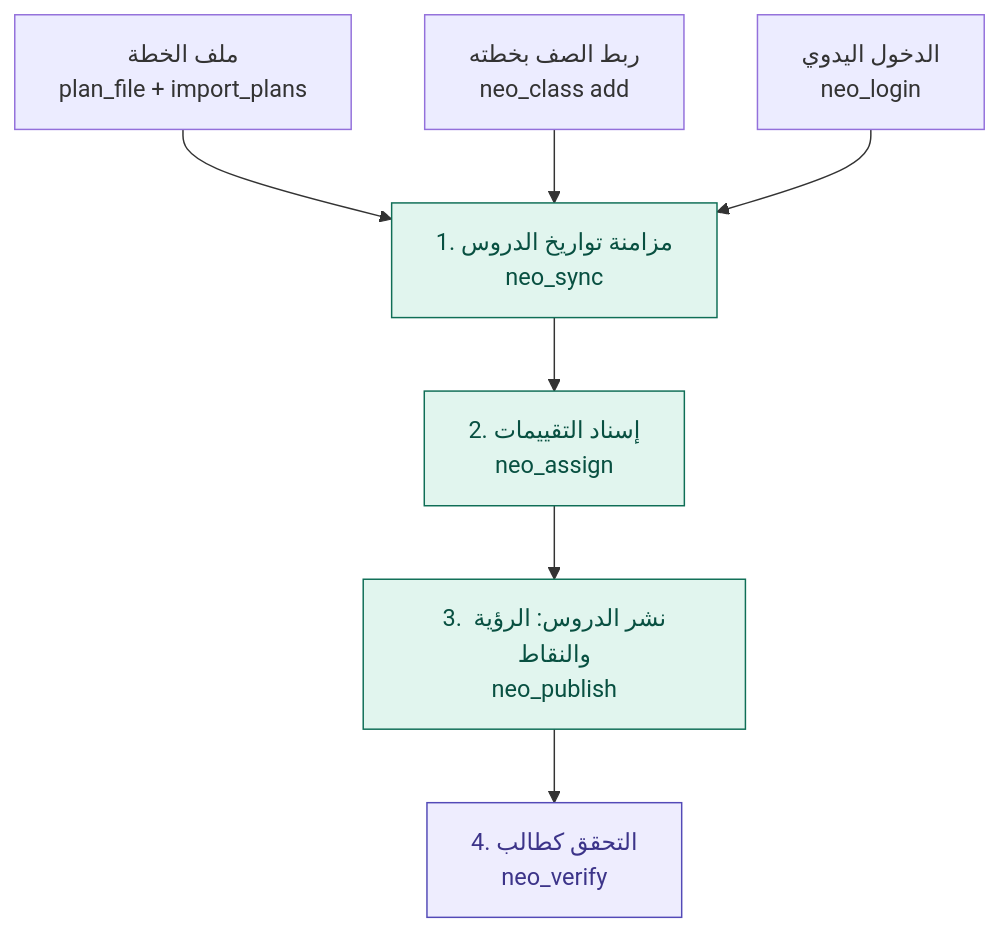
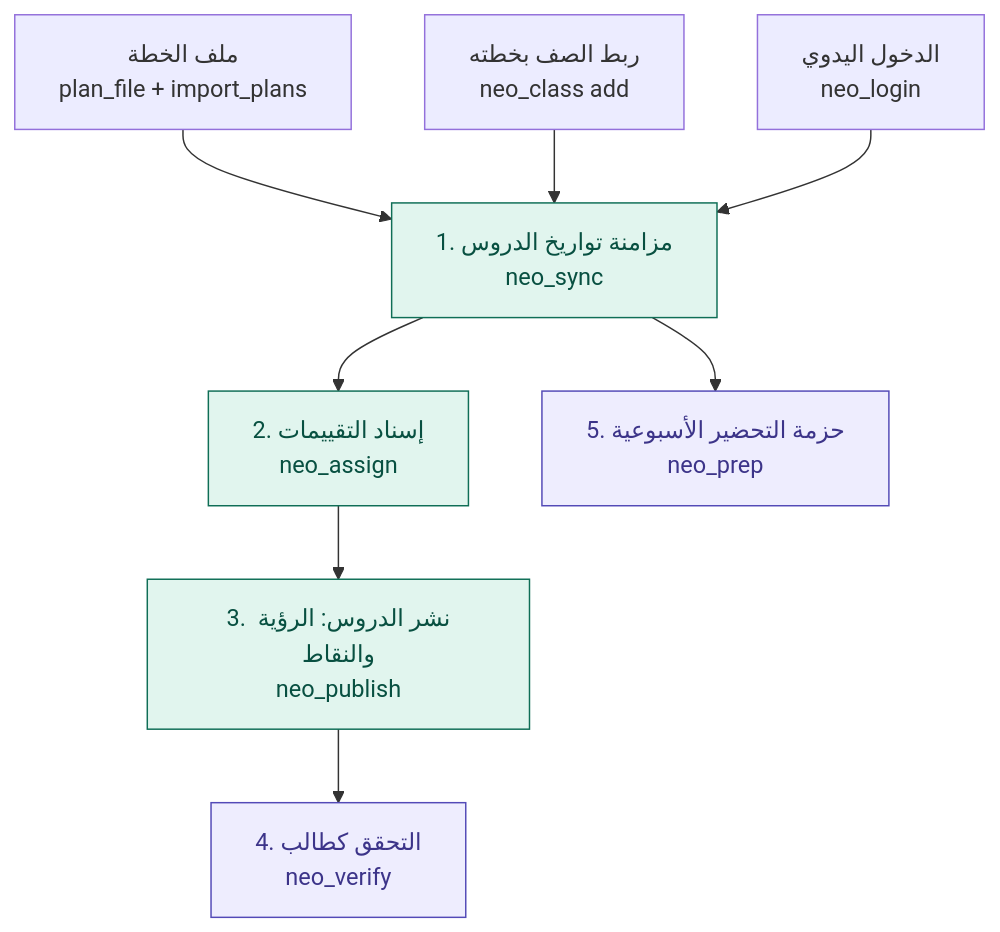
The diagram in docs/automation_tasks.md (mesuef1974/qeducation-automation), drawn with Mermaid before and after one commit. The commit also changed other lines of this file and 45 other files, not shown here.

First line of the commit message:
حزمة التحضير الأسبوعية (قراءة فقط) وتبويب «مباشر» للبث الحي من العامل

````diff
--- a/docs/automation_tasks.md
+++ b/docs/automation_tasks.md
@@ -7,13 +7,14 @@
 ```mermaid
 flowchart TD
     P["ملف الخطة<br/>plan_file + import_plans"] --> S
     C["ربط الصف بخطته<br/>neo_class add"] --> S
     L["الدخول اليدوي<br/>neo_login"] --> S
     S["1. مزامنة تواريخ الدروس<br/>neo_sync"] --> A["2. إسناد التقييمات<br/>neo_assign"]
     A --> B["3. نشر الدروس: الرؤية والنقاط<br/>neo_publish"]
     B --> V["4. التحقق كطالب<br/>neo_verify"]
+    S --> K["5. حزمة التحضير الأسبوعية<br/>neo_prep"]
     classDef write fill:#E1F5EE,stroke:#0F6E56,color:#085041
     classDef read fill:#EEEDFE,stroke:#534AB7,color:#3C3489
     class S,A,B write
-    class V read
+    class V,K read
 ```
````
